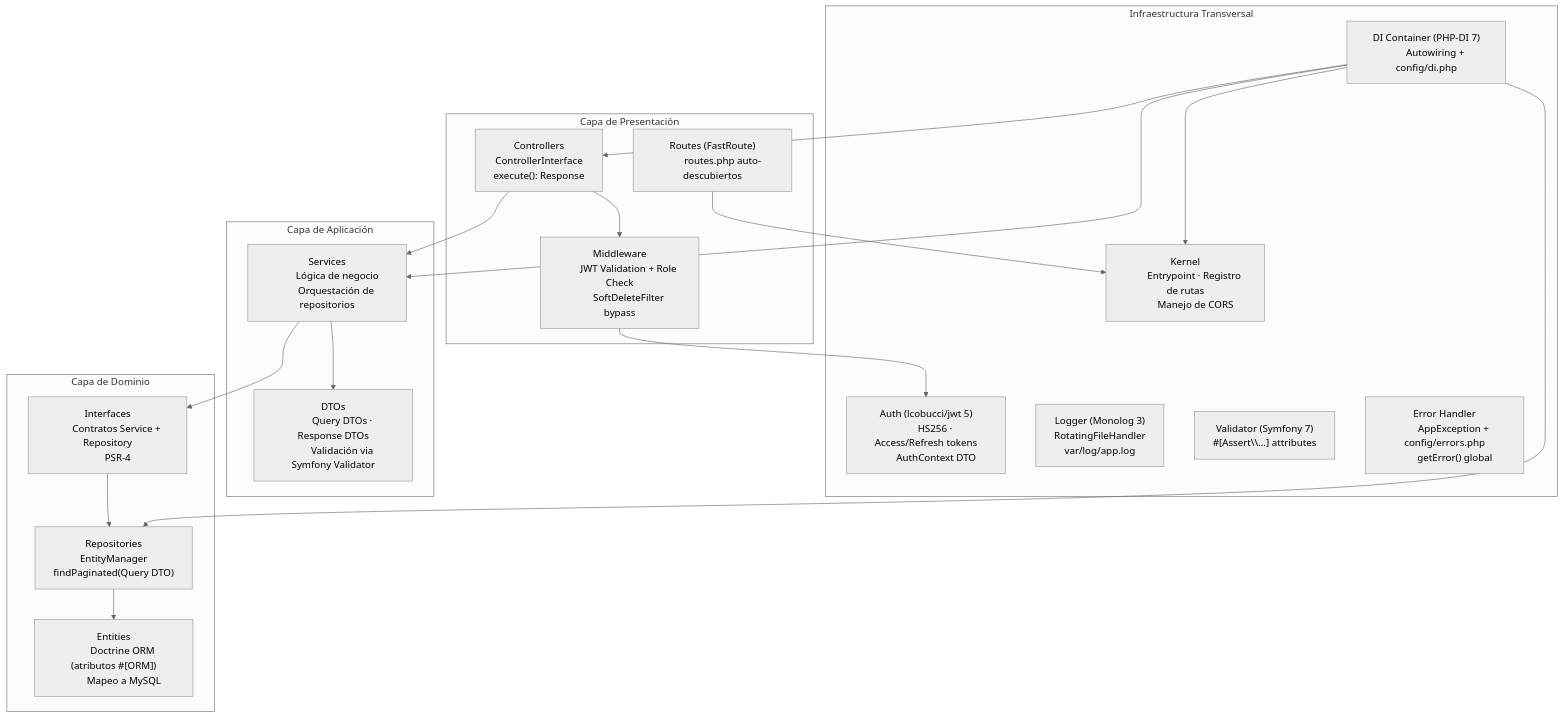
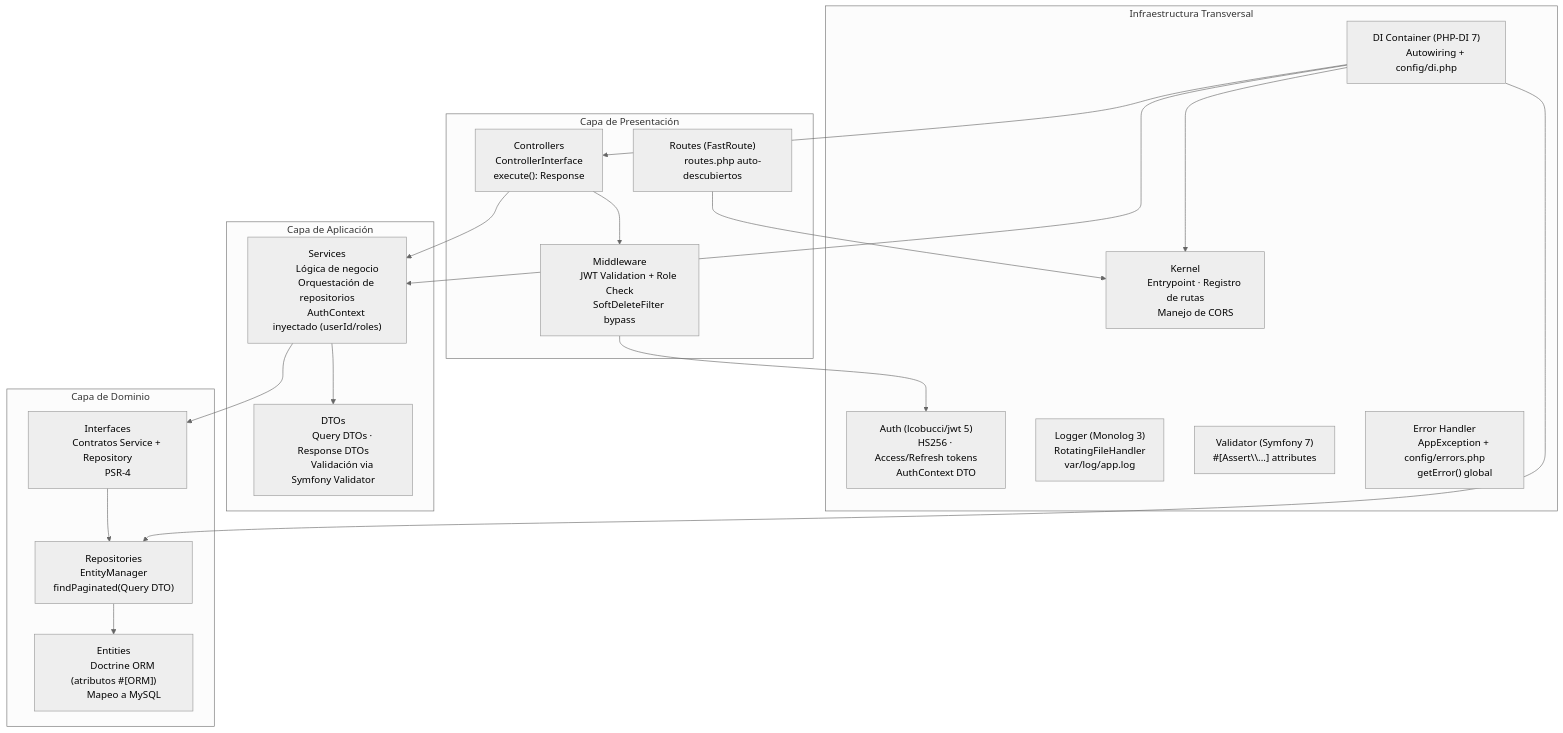
Before and after one commit to AoRyuGetsu/Fenix: the diagram in esquemas/backend/02-capas.md, drawn with Mermaid (neutral theme). The commit also changed 178 other files, not shown here.

````diff
--- a/esquemas/backend/02-capas.md
+++ b/esquemas/backend/02-capas.md
@@ -5,66 +5,67 @@
 ```mermaid
 flowchart TB
     subgraph PRESENTACION["Capa de Presentación"]
         ROUTES["Routes (FastRoute)
         routes.php auto-descubiertos"]
         MIDDLEWARE["Middleware
         JWT Validation + Role Check
         SoftDeleteFilter bypass"]
         CONTROLLERS["Controllers
         ControllerInterface
         execute(): Response"]
     end
 
     subgraph APLICACION["Capa de Aplicación"]
         SERVICES["Services
         Lógica de negocio
-        Orquestación de repositorios"]
+        Orquestación de repositorios
+        AuthContext inyectado (userId/roles)"]
         DTOS["DTOs
         Query DTOs · Response DTOs
         Validación via Symfony Validator"]
     end
 
     subgraph DOMINIO["Capa de Dominio"]
         ENTITIES["Entities
         Doctrine ORM (atributos #[ORM])
         Mapeo a MySQL"]
         INTERFACES["Interfaces
         Contratos Service + Repository
         PSR-4"]
         REPOSITORIES["Repositories
         EntityManager
         findPaginated(Query DTO)"]
     end
 
     subgraph INFRAESTRUCTURA["Infraestructura Transversal"]
         DI["DI Container (PHP-DI 7)
         Autowiring + config/di.php"]
         KERNEL["Kernel
         Entrypoint · Registro de rutas
         Manejo de CORS"]
         AUTH["Auth (lcobucci/jwt 5)
         HS256 · Access/Refresh tokens
         AuthContext DTO"]
         LOGGER["Logger (Monolog 3)
         RotatingFileHandler
         var/log/app.log"]
         VALIDATOR["Validator (Symfony 7)
         #[Assert\\...] attributes"]
         ERROR["Error Handler
         AppException + config/errors.php
         getError() global"]
     end
 
     ROUTES --> KERNEL
     MIDDLEWARE --> AUTH
     CONTROLLERS --> MIDDLEWARE
     CONTROLLERS --> SERVICES
     SERVICES --> INTERFACES
     INTERFACES --> REPOSITORIES
     REPOSITORIES --> ENTITIES
     SERVICES --> DTOS
     DI --> KERNEL
     DI --> CONTROLLERS
     DI --> SERVICES
     DI --> REPOSITORIES
 ```
````
